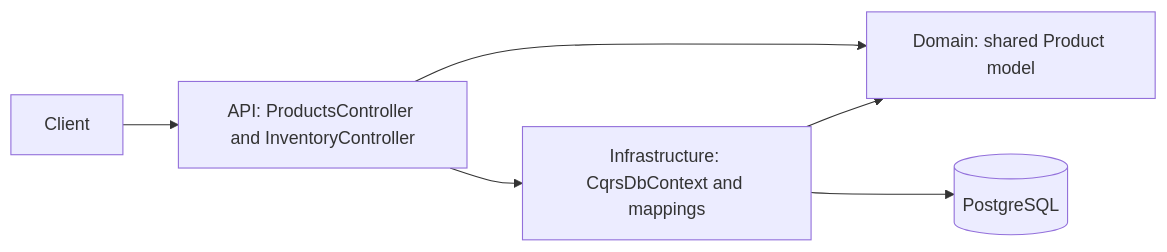
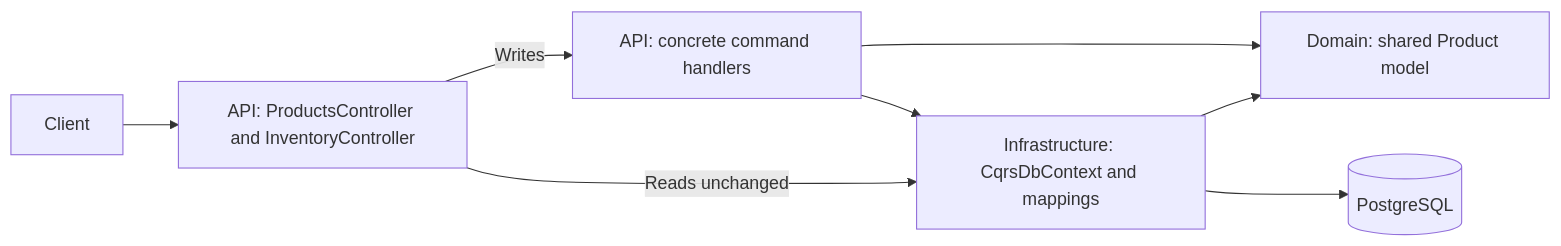
Before and after one commit to Luqa1/Engineering-Playground: the first of 3 diagrams in 06-cqrs/README.md, drawn with Mermaid. The commit also changed other lines of this file and 9 other files, not shown here.

Commit message:
CQRS PoC Command Side implemented

````diff
--- a/06-cqrs/README.md
+++ b/06-cqrs/README.md
@@ -59,8 +79,10 @@
 ```mermaid
 flowchart LR
     Client --> API[API: ProductsController and InventoryController]
-    API --> Domain[Domain: shared Product model]
-    API --> Infrastructure[Infrastructure: CqrsDbContext and mappings]
+    API -->|Writes| Handlers[API: concrete command handlers]
+    Handlers --> Domain[Domain: shared Product model]
+    Handlers --> Infrastructure[Infrastructure: CqrsDbContext and mappings]
+    API -->|Reads unchanged| Infrastructure
     Infrastructure --> Domain
     Infrastructure --> PostgreSQL[(PostgreSQL)]
 ```
````
